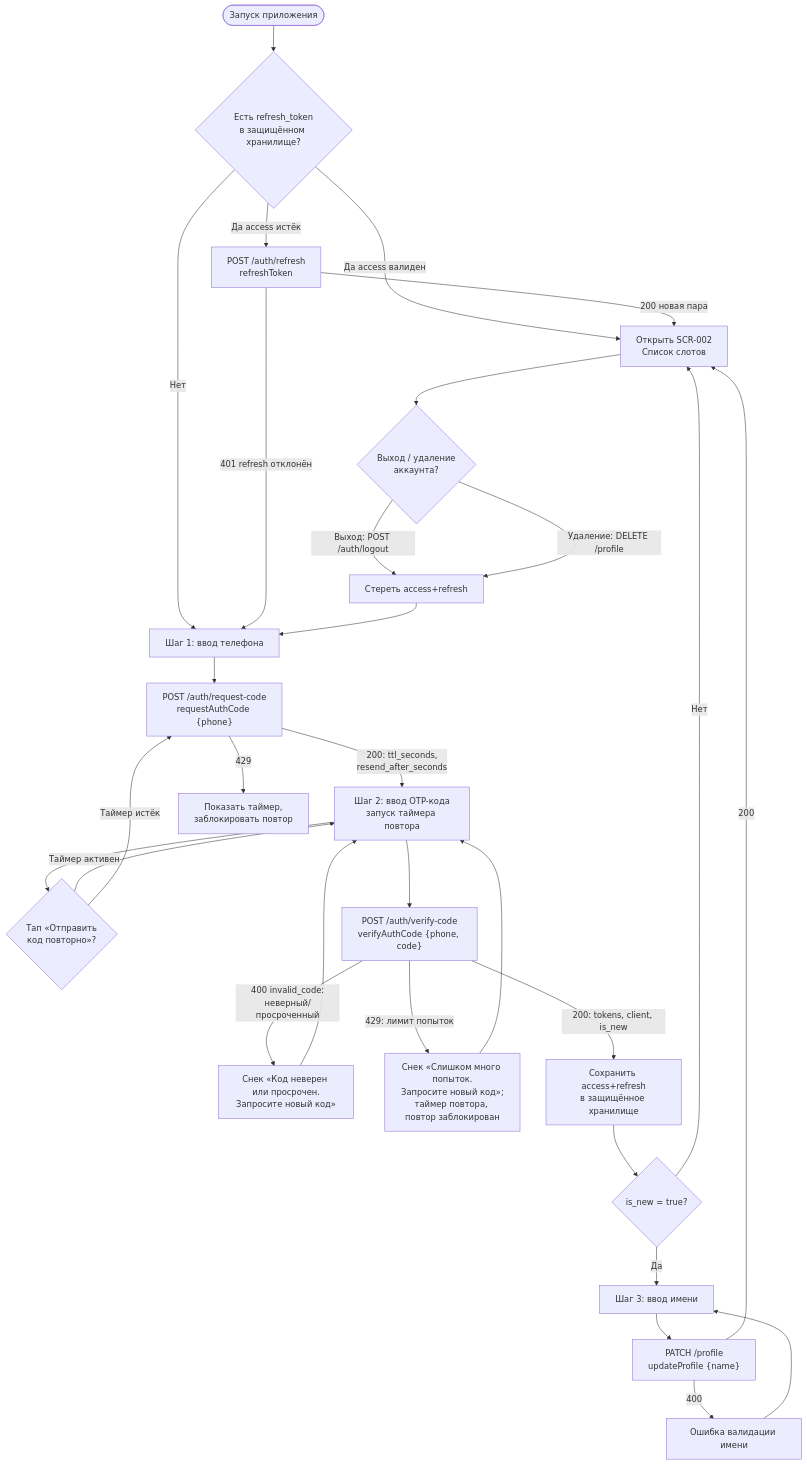
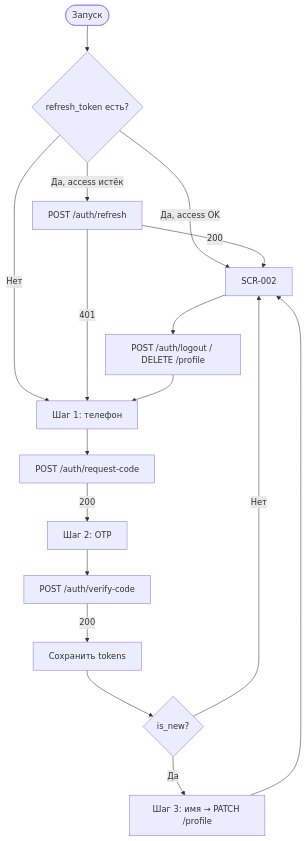
The diagram in 01-analysis/5-mobile-app-spec/09_Логики/LOGIC-001_OTP-авторизация.md (Iren0708/SurfProjctClimbing), drawn with Mermaid before and after one commit. The commit also changed other lines of this file and 87 other files, not shown here.

````diff
--- a/01-analysis/5-mobile-app-spec/09_Логики/LOGIC-001_OTP-авторизация.md
+++ b/01-analysis/5-mobile-app-spec/09_Логики/LOGIC-001_OTP-авторизация.md
@@ -77,38 +67,21 @@
 ```mermaid
 flowchart TD
-    Start([Запуск приложения]) --> CheckSession{Есть refresh_token<br/>в защищённом хранилище?}
-    CheckSession -->|Да access валиден| SCR002[Открыть SCR-002<br/>Список слотов]
-    CheckSession -->|Да access истёк| Refresh["POST /auth/refresh<br/>refreshToken"]
-    CheckSession -->|Нет| Step1[Шаг 1: ввод телефона]
-    Refresh -->|200 новая пара| SCR002
-    Refresh -->|401 refresh отклонён| Step1
+    Start([Запуск]) --> Check{refresh_token есть?}
+    Check -->|Да, access OK| SCR002[SCR-002]
+    Check -->|Да, access истёк| Refresh[POST /auth/refresh]
+    Check -->|Нет| Step1[Шаг 1: телефон]
+    Refresh -->|200| SCR002
+    Refresh -->|401| Step1
 
-    Step1 --> ReqCode["POST /auth/request-code<br/>requestAuthCode {phone}"]
-    ReqCode -->|200: ttl_seconds,<br/>resend_after_seconds| Step2[Шаг 2: ввод OTP-кода<br/>запуск таймера повтора]
-    ReqCode -->|429| Timer[Показать таймер,<br/>заблокировать повтор]
+    Step1 --> Req[POST /auth/request-code]
+    Req -->|200| Step2[Шаг 2: OTP]
+    Step2 --> Verify[POST /auth/verify-code]
+    Verify -->|200| Save[Сохранить tokens]
+    Save --> New{is_new?}
+    New -->|Да| Step3[Шаг 3: имя → PATCH /profile]
+    New -->|Нет| SCR002
+    Step3 --> SCR002
 
-    Step2 --> Resend{Тап «Отправить<br/>код повторно»?}
-    Resend -->|Таймер активен| Step2
-    Resend -->|Таймер истёк| ReqCode
-
-    Step2 --> Verify["POST /auth/verify-code<br/>verifyAuthCode {phone, code}"]
-    Verify -->|400 invalid_code:<br/>неверный/просроченный| CodeErr["Снек «Код неверен или просрочен.<br/>Запросите новый код»"]
-    CodeErr --> Step2
-    Verify -->|429: лимит попыток| TooMany["Снек «Слишком много попыток.<br/>Запросите новый код»;<br/>таймер повтора, повтор заблокирован"]
-    TooMany --> Step2
-    Verify -->|200: tokens, client, is_new| SaveToken[Сохранить access+refresh<br/>в защищённое хранилище]
-
-    SaveToken --> IsNew{is_new = true?}
-    IsNew -->|Нет| SCR002
-    IsNew -->|Да| Step3[Шаг 3: ввод имени]
-
-    Step3 --> UpdProfile["PATCH /profile<br/>updateProfile {name}"]
-    UpdProfile -->|200| SCR002
-    UpdProfile -->|400| NameErr[Ошибка валидации имени]
-    NameErr --> Step3
-
-    SCR002 --> Logout{Выход / удаление<br/>аккаунта?}
-    Logout -->|Выход: POST /auth/logout| ClearToken[Стереть access+refresh]
-    Logout -->|Удаление: DELETE /profile| ClearToken
-    ClearToken --> Step1
+    SCR002 --> Logout[POST /auth/logout / DELETE /profile]
+    Logout --> Step1
 ```
````
